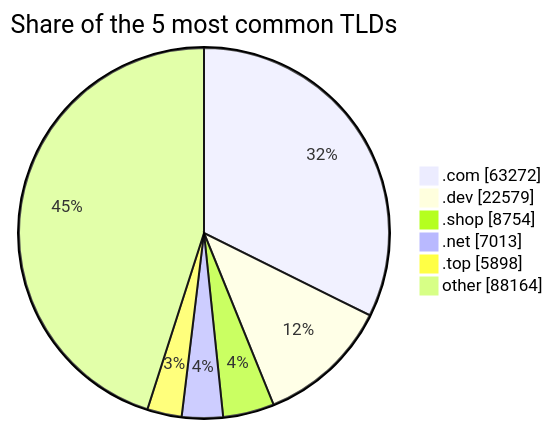
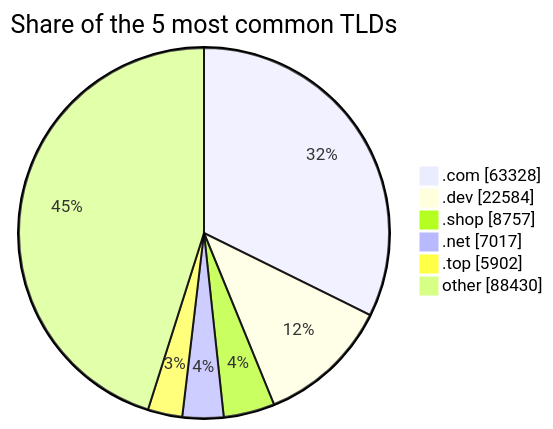
One commit to DNSBunker/CTI changed the third of 3 diagrams in README.md. Above: the diagram before and after it, drawn with Mermaid. The commit also changed other lines of this file and 3 other files, not shown here.

````diff
--- a/README.md
+++ b/README.md
@@ -81,9 +81,9 @@
 ```mermaid
 pie showData title Share of the 5 most common TLDs
-    ".com" : 63272
-    ".dev" : 22579
-    ".shop" : 8754
-    ".net" : 7013
-    ".top" : 5898
-    "other" : 88164
+    ".com" : 63328
+    ".dev" : 22584
+    ".shop" : 8757
+    ".net" : 7017
+    ".top" : 5902
+    "other" : 88430
 ```
````
